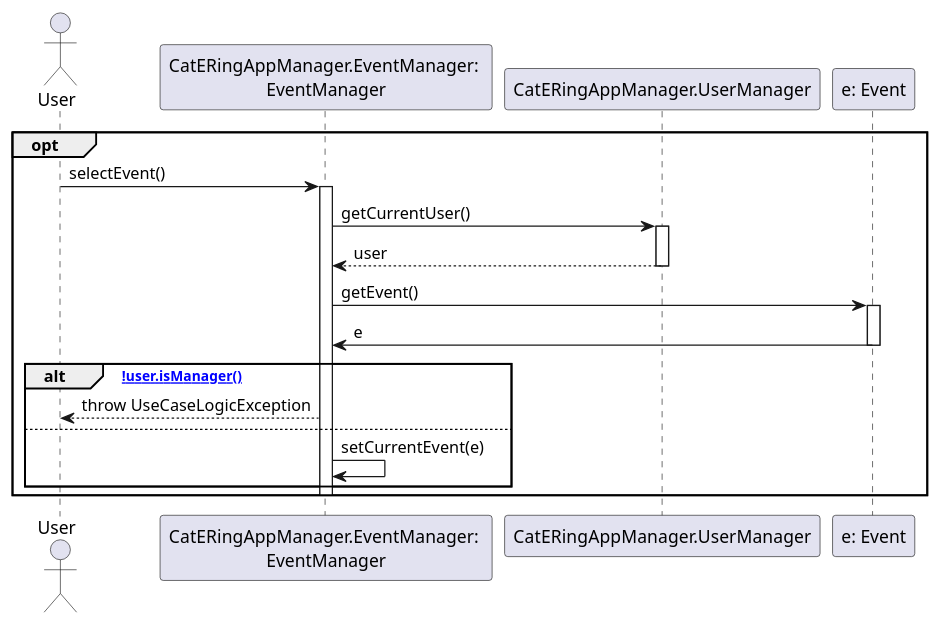
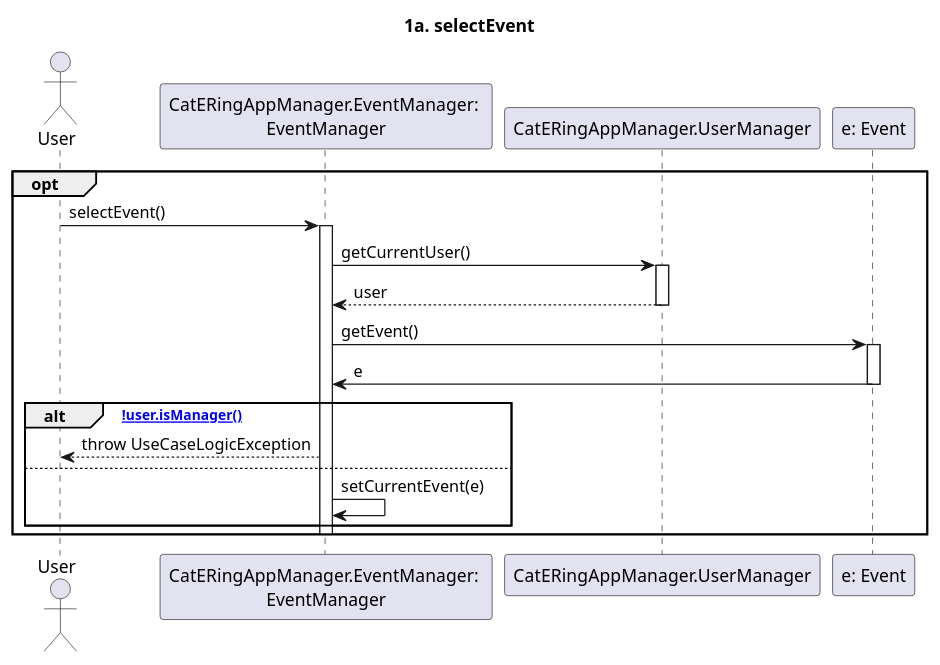
The diagram in dsd/dsd-eventi/estensioniEcc/1a-selectEvent.md (m0canu1/sas), drawn with PlantUML before and after one commit. The commit also changed 13 other files, not shown here.

````diff
--- a/dsd/dsd-eventi/estensioniEcc/1a-selectEvent.md
+++ b/dsd/dsd-eventi/estensioniEcc/1a-selectEvent.md
@@ -1,28 +1,31 @@
 ```plantuml
+
+title: 1a. selectEvent
+
 Actor  User
 Participant "CatERingAppManager.EventManager: \nEventManager"  as EM
 Participant "CatERingAppManager.UserManager" as UM
 
 opt
 	User -> EM: selectEvent()
 	Activate EM
 
 	EM -> UM: getCurrentUser()
 	Activate UM
 	    
 	UM --> EM: user
 	Deactivate UM
 
 	EM -> "e: Event": getEvent()
 	Activate "e: Event"
 	"e: Event" -> EM: e
 	Deactivate "e: Event"
 
 	alt [!user.isManager()]
 	    EM --> User: throw UseCaseLogicException
 	else
 	    EM -> EM: setCurrentEvent(e)
 	end
 	Deactivate EM
 end
 ```
````
